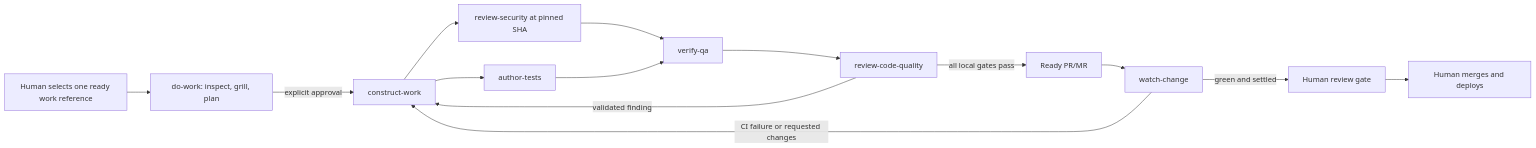
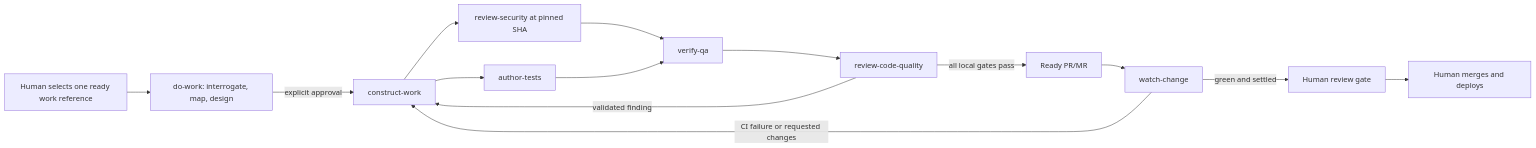
The second of 2 diagrams in README.md (chrislaughlin/agentic-factory), drawn with Mermaid before and after one commit. The commit also changed other lines of this file and 34 other files, not shown here.

````diff
--- a/README.md
+++ b/README.md
@@ -41,16 +41,16 @@
 ```mermaid
 flowchart LR
-  H["Human selects one ready work reference"] --> D["do-work: inspect, grill, plan"]
+  H["Human selects one ready work reference"] --> D["do-work: interrogate, map, design"]
   D -->|"explicit approval"| C["construct-work"]
   C --> S["review-security at pinned SHA"]
   C --> T["author-tests"]
   S --> Q["verify-qa"]
   T --> Q
   Q --> R["review-code-quality"]
   R -->|"validated finding"| C
   R -->|"all local gates pass"| P["Ready PR/MR"]
   P --> W["watch-change"]
   W -->|"CI failure or requested changes"| C
   W -->|"green and settled"| G["Human review gate"]
   G --> M["Human merges and deploys"]
 ```
````
